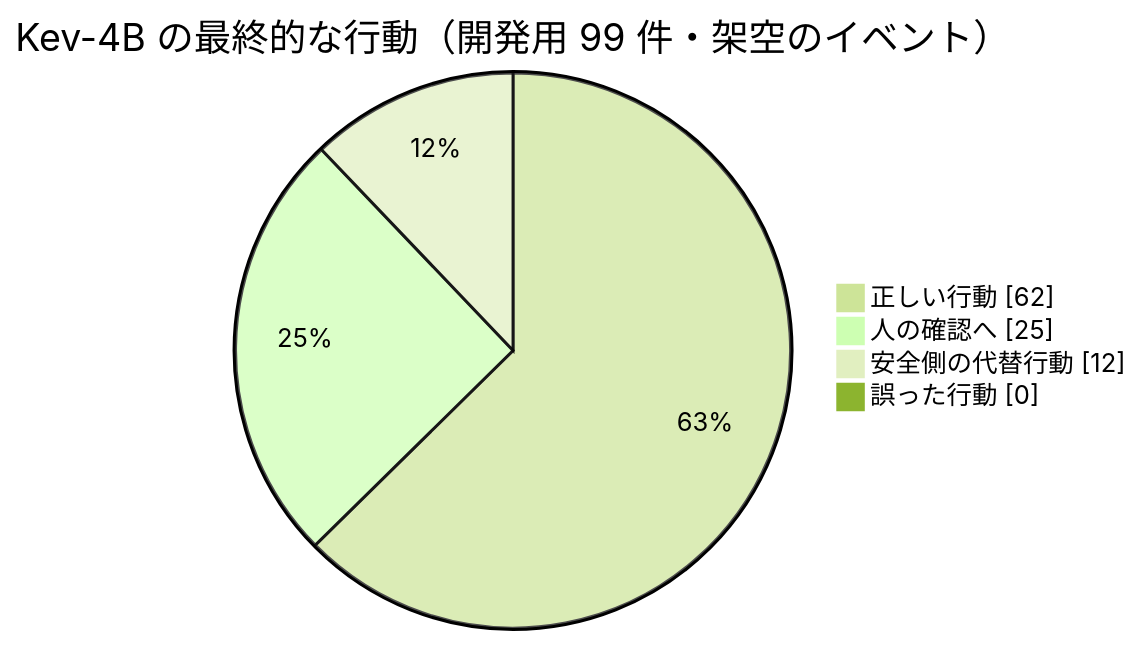
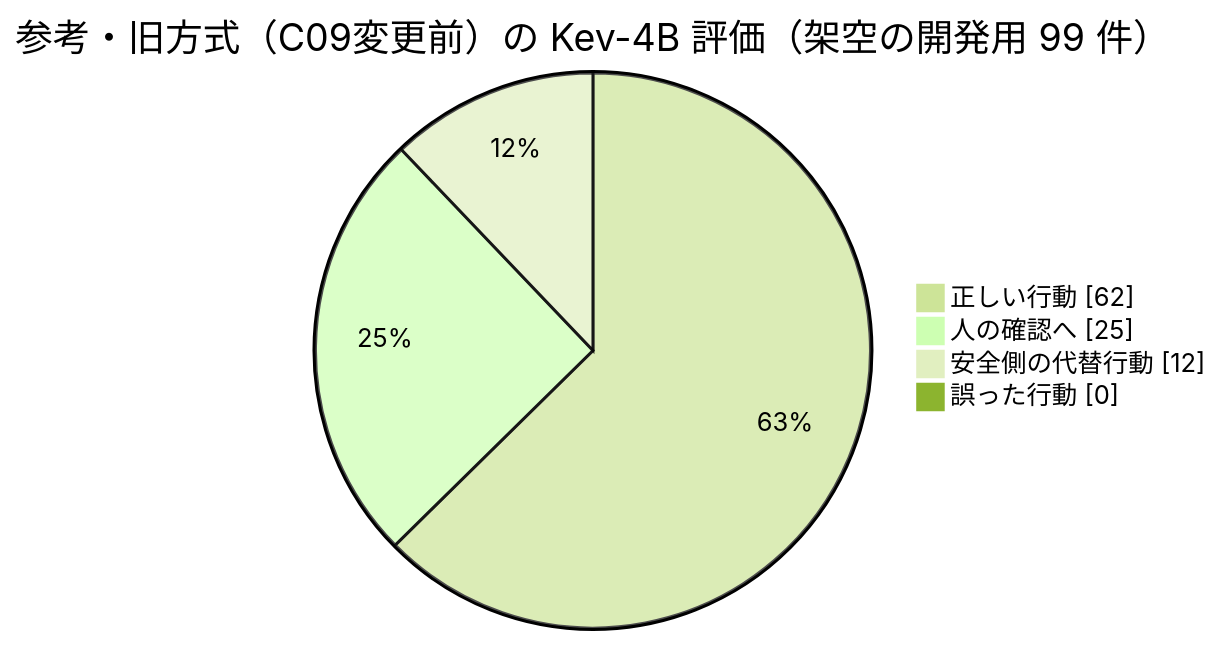
Before and after one commit to awano27/pm-decision: the fourth of 4 diagrams in README.md, drawn with Mermaid (forest theme). The commit also changed other lines of this file and 55 other files, not shown here.

````diff
--- a/README.md
+++ b/README.md
@@ -360,7 +366,7 @@
 ```mermaid
-pie showData title Kev-4B の最終的な行動（開発用 99 件・架空のイベント）
+pie showData title 参考・旧方式（C09変更前）の Kev-4B 評価（架空の開発用 99 件）
     "正しい行動" : 62
     "人の確認へ" : 25
     "安全側の代替行動" : 12
     "誤った行動" : 0
 ```
````
